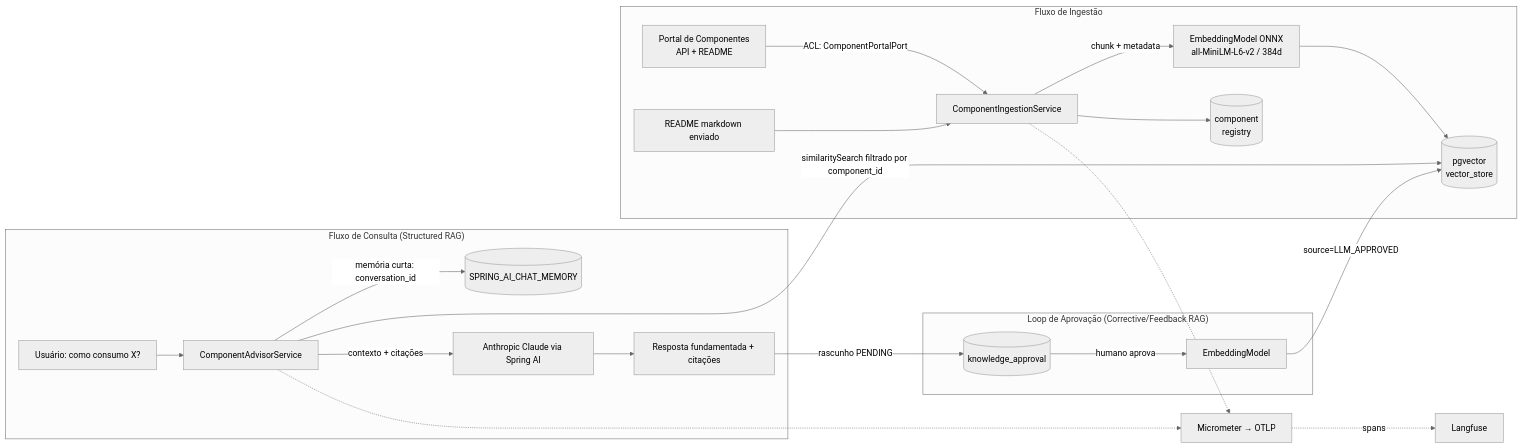
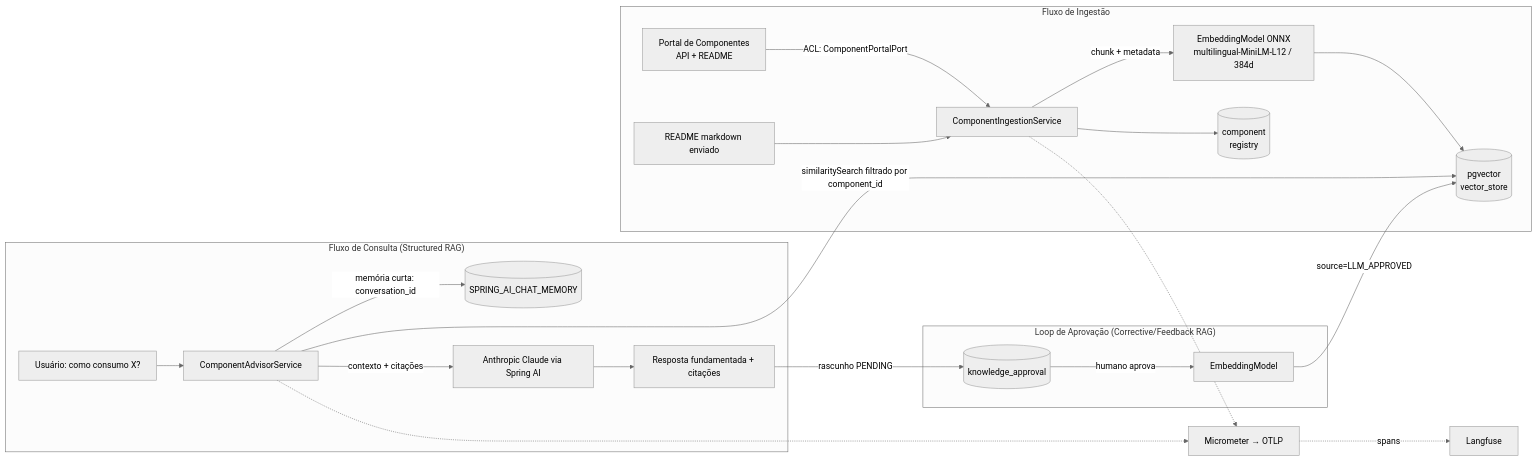
Before and after one commit to oliveira92/poc-agentic-rag: the diagram in README.md, drawn with Mermaid (neutral theme). The commit also changed other lines of this file and 3 other files, not shown here.

````diff
--- a/README.md
+++ b/README.md
@@ -36,28 +39,28 @@
 ```mermaid
 flowchart LR
     subgraph Ingestao["Fluxo de Ingestão"]
         P[Portal de Componentes<br/>API + README] -->|ACL: ComponentPortalPort| ING[ComponentIngestionService]
         MD[README markdown enviado] --> ING
-        ING -->|chunk + metadata| EMB1[EmbeddingModel ONNX<br/>all-MiniLM-L6-v2 / 384d]
+        ING -->|chunk + metadata| EMB1[EmbeddingModel ONNX<br/>multilingual-MiniLM-L12 / 384d]
         EMB1 --> VDB[(pgvector<br/>vector_store)]
         ING --> REG[(component<br/>registry)]
     end
 
     subgraph Consulta["Fluxo de Consulta (Structured RAG)"]
         U[Usuário: como consumo X?] --> ADV[ComponentAdvisorService]
         ADV -->|similaritySearch filtrado por component_id| VDB
         ADV -->|memória curta: conversation_id| MEM[(SPRING_AI_CHAT_MEMORY)]
         ADV -->|contexto + citações| LLM[Anthropic Claude via Spring AI]
         LLM --> ANS[Resposta fundamentada + citações]
     end
 
     subgraph HITL["Loop de Aprovação (Corrective/Feedback RAG)"]
         ANS -->|rascunho PENDING| APR[(knowledge_approval)]
         APR -->|humano aprova| EMB2[EmbeddingModel]
         EMB2 -->|source=LLM_APPROVED| VDB
     end
 
     OTEL[Micrometer → OTLP] -.spans.-> LF[Langfuse]
     ADV -.-> OTEL
     ING -.-> OTEL
 ```
````
